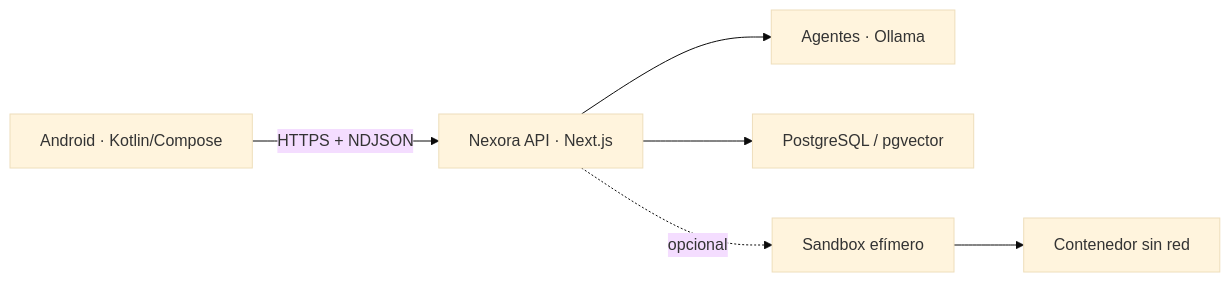
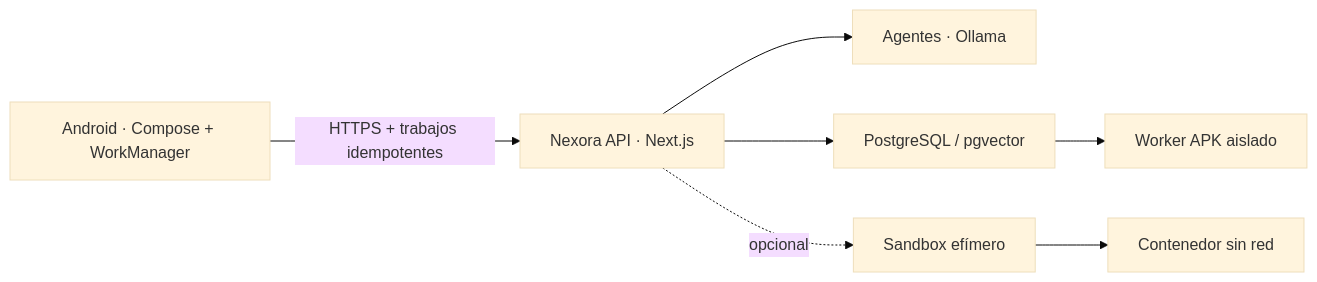
The diagram in README.md (Gh0stDeveloper/NexoraAI), drawn with Mermaid (base theme) before and after one commit. The commit also changed other lines of this file and 65 other files, not shown here.

````diff
--- a/README.md
+++ b/README.md
@@ -46,8 +51,9 @@
 ```mermaid
 flowchart LR
-  A["Android · Kotlin/Compose"] -->|"HTTPS + NDJSON"| B["Nexora API · Next.js"]
+  A["Android · Compose + WorkManager"] -->|"HTTPS + trabajos idempotentes"| B["Nexora API · Next.js"]
   B --> C["Agentes · Ollama"]
   B --> D["PostgreSQL / pgvector"]
   B -. "opcional" .-> E["Sandbox efímero"]
   E --> F["Contenedor sin red"]
+  D --> G["Worker APK aislado"]
 ```
````
